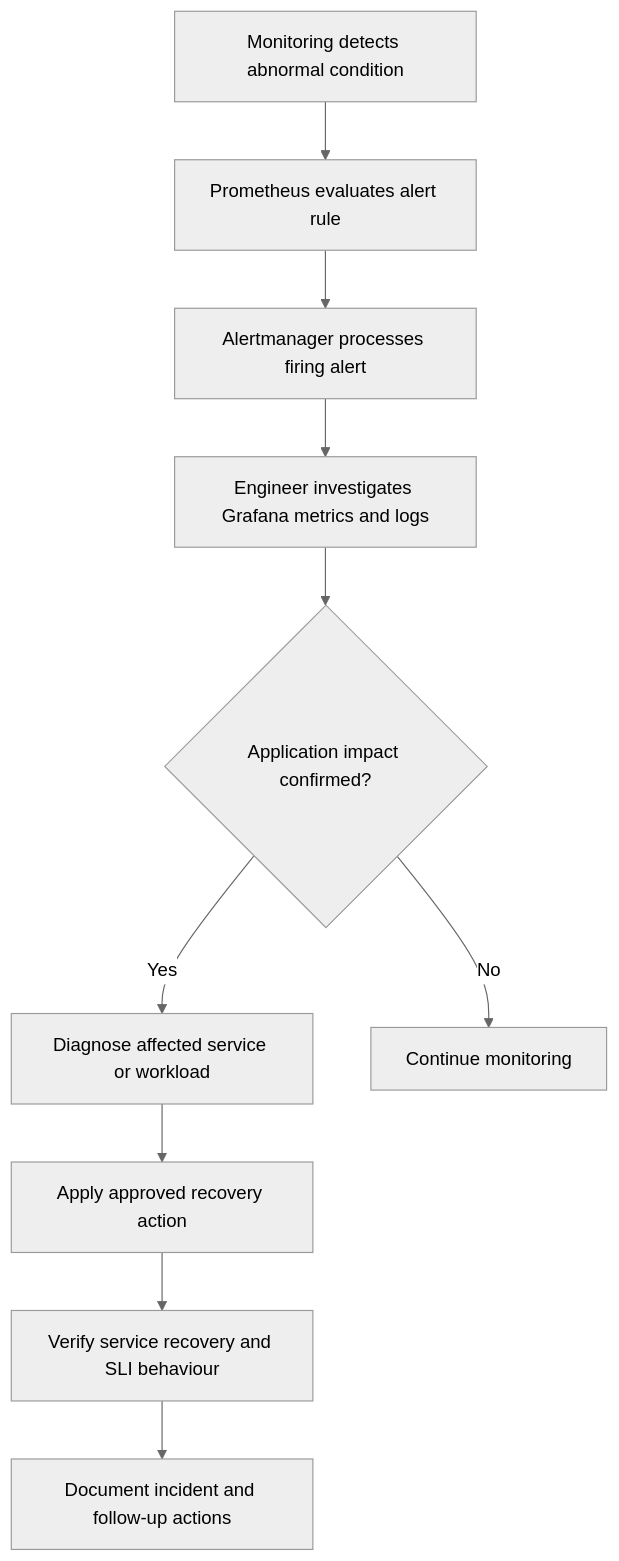
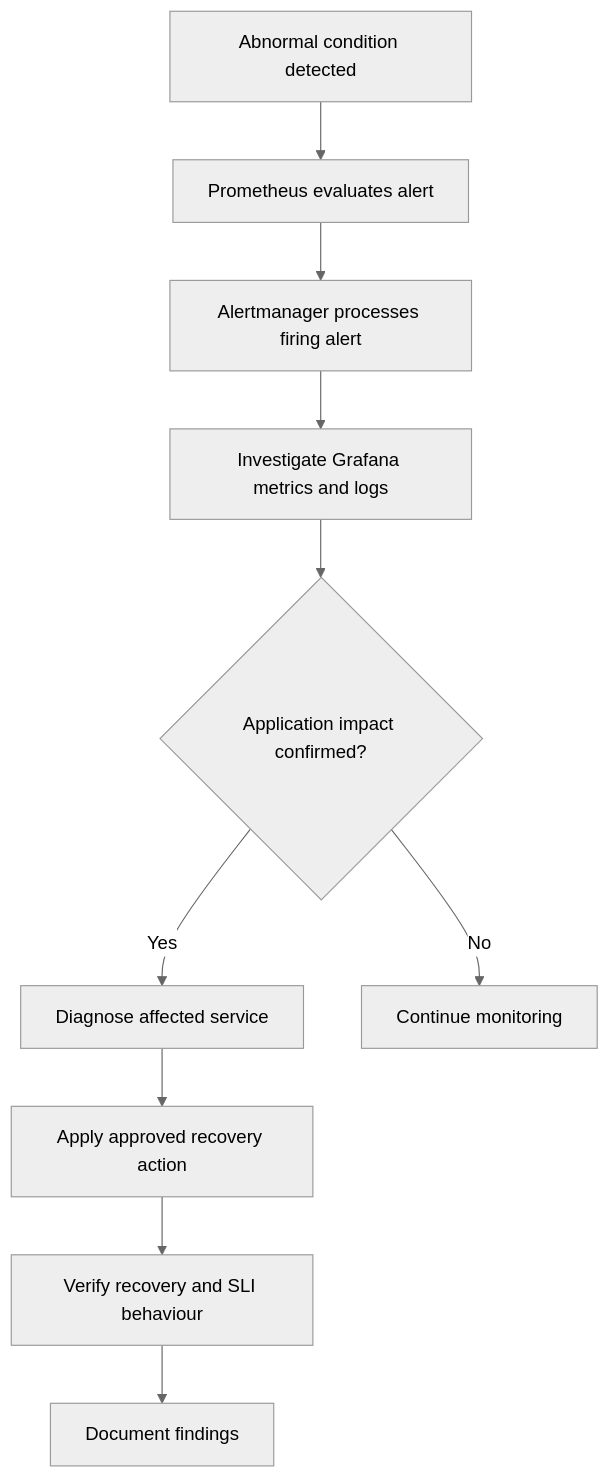
The second of 4 diagrams in sre/README.md (eugenewongyj/cloud-ntu-capstone-group2-infra), drawn with Mermaid (neutral theme) before and after one commit. The commit also changed other lines of this file, not shown here.

````diff
--- a/sre/README.md
+++ b/sre/README.md
@@ -368,17 +337,17 @@
 ```mermaid
 flowchart TD
-    A["Monitoring detects abnormal condition"]
-    B["Prometheus evaluates alert rule"]
+    A["Abnormal condition detected"]
+    B["Prometheus evaluates alert"]
     C["Alertmanager processes firing alert"]
-    D["Engineer investigates Grafana metrics and logs"]
+    D["Investigate Grafana metrics and logs"]
     E{"Application impact confirmed?"}
-    F["Diagnose affected service or workload"]
+    F["Diagnose affected service"]
     G["Apply approved recovery action"]
-    H["Verify service recovery and SLI behaviour"]
-    I["Document incident and follow-up actions"]
+    H["Verify recovery and SLI behaviour"]
+    I["Document findings"]
     J["Continue monitoring"]
 
     A --> B --> C --> D --> E
     E -->|"Yes"| F --> G --> H --> I
     E -->|"No"| J
 ```
````
